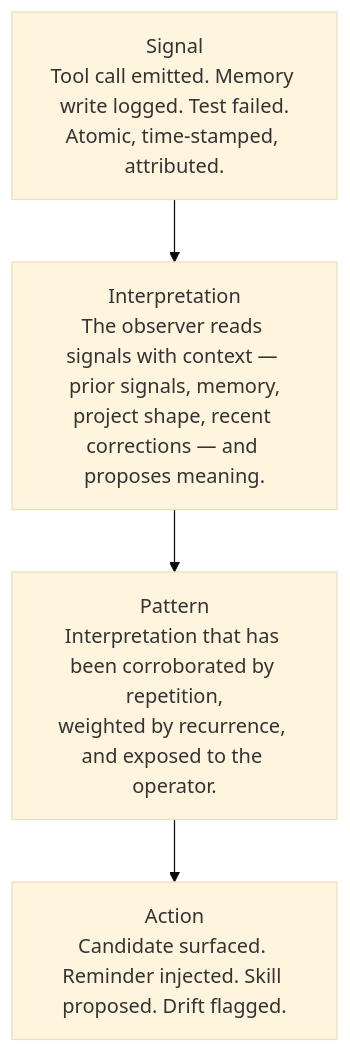
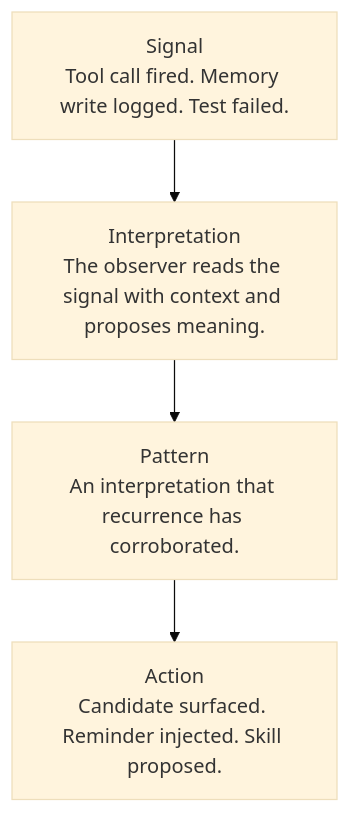
Before and after one commit to Lizo-RoadTown/tapestry: the diagram in apps/docs-site/src/content/docs/explanation/signal-interpretation-pattern.md, drawn with Mermaid (base theme). The commit also changed other lines of this file and 11 other files, not shown here.

````diff
--- a/apps/docs-site/src/content/docs/explanation/signal-interpretation-pattern.md
+++ b/apps/docs-site/src/content/docs/explanation/signal-interpretation-pattern.md
@@ -10,8 +14,8 @@
 ```mermaid
 flowchart TB
-    S[Signal<br/>Tool call emitted. Memory write logged. Test failed.<br/>Atomic, time-stamped, attributed.]
-    I[Interpretation<br/>The observer reads signals with context — prior signals, memory,<br/>project shape, recent corrections — and proposes meaning.]
-    P[Pattern<br/>Interpretation that has been corroborated by repetition,<br/>weighted by recurrence, and exposed to the operator.]
-    A[Action<br/>Candidate surfaced. Reminder injected. Skill proposed. Drift flagged.]
+    S[Signal<br/>Tool call fired. Memory write logged. Test failed.]
+    I[Interpretation<br/>The observer reads the signal with context and proposes meaning.]
+    P[Pattern<br/>An interpretation that recurrence has corroborated.]
+    A[Action<br/>Candidate surfaced. Reminder injected. Skill proposed.]
     S --> I --> P --> A
 ```
````
